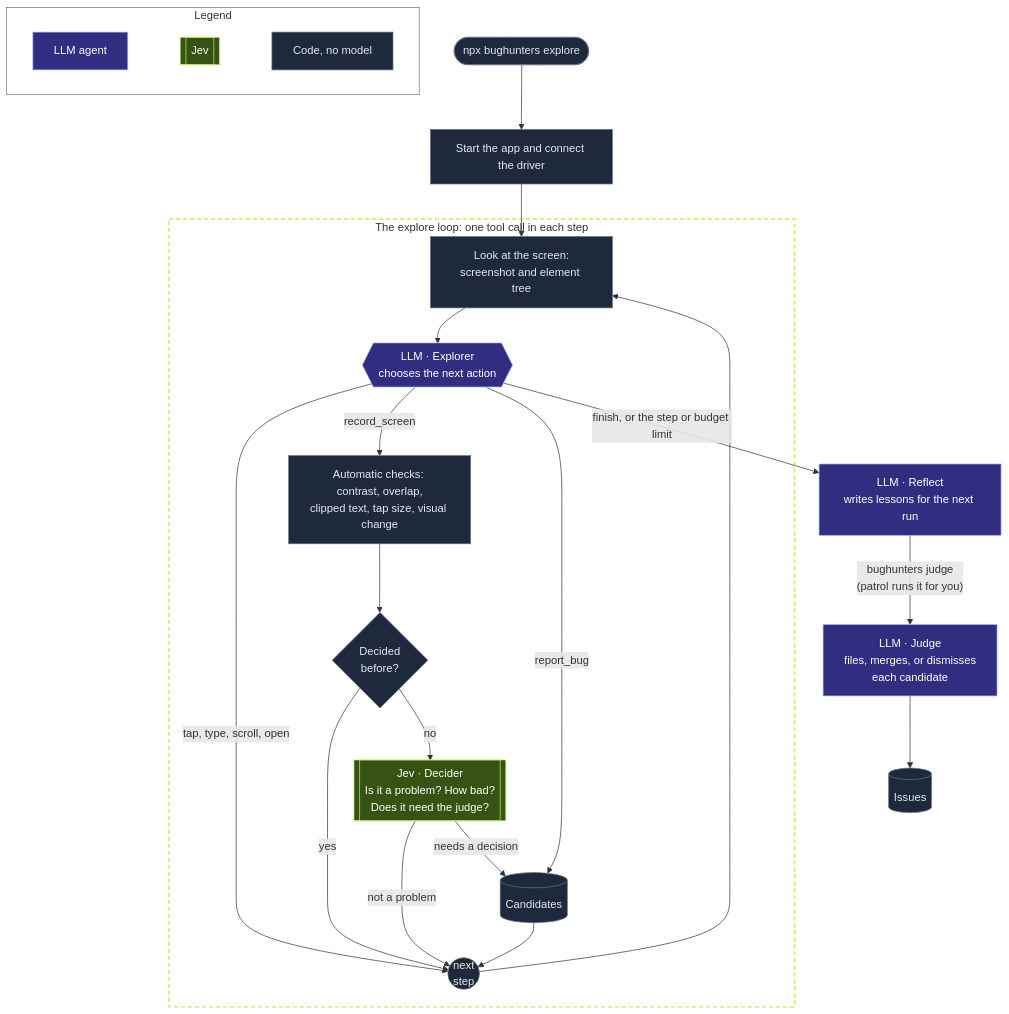
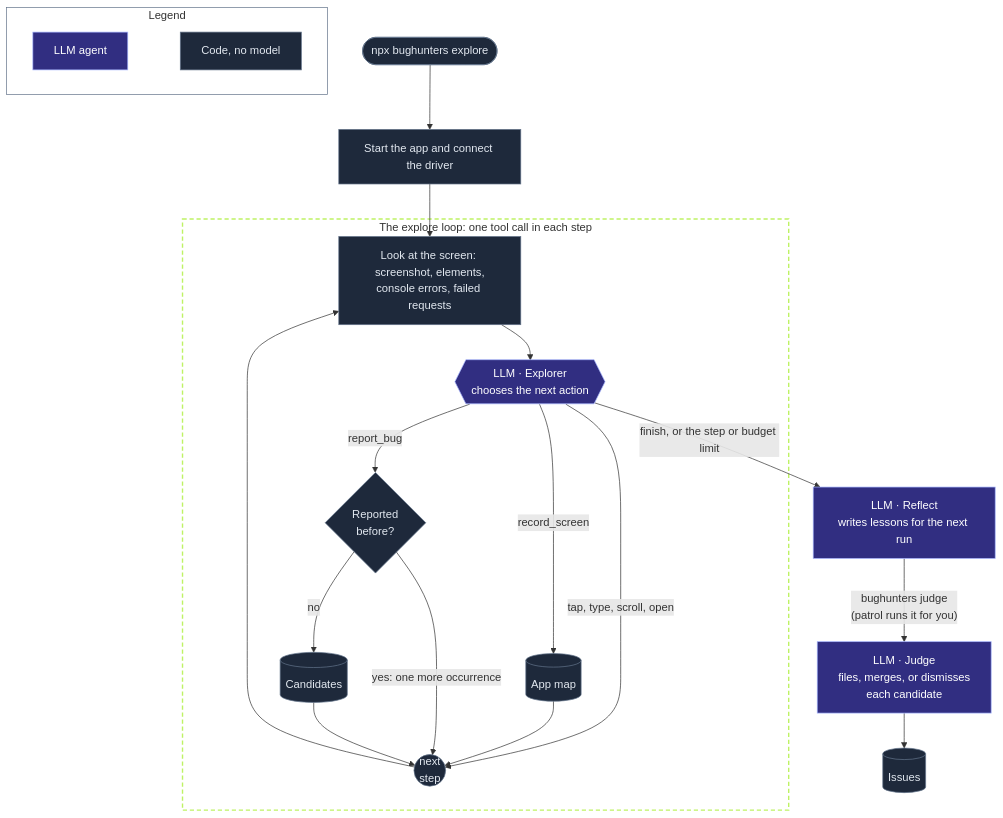
The diagram in docs/how-it-works.md (agent-labs-dev/bughunters), drawn with Mermaid before and after one commit. The commit also changed other lines of this file and 65 other files, not shown here.

First line of the commit message:
feat: remove Jev; add a CI fixer, opt-in checks, and dashboard docs (#13)

````diff
--- a/docs/how-it-works.md
+++ b/docs/how-it-works.md
@@ -29,40 +28,35 @@
 ```mermaid
 flowchart TD
   start(["npx bughunters explore"]) --> setup["Start the app and connect the driver"]
   setup --> look
 
   subgraph loop ["The explore loop: one tool call in each step"]
-    look["Look at the screen:<br/>screenshot and element tree"] --> act{{"LLM · Explorer<br/>chooses the next action"}}
+    look["Look at the screen: screenshot, elements,<br/>console errors, failed requests"] --> act{{"LLM · Explorer<br/>chooses the next action"}}
     act -->|"tap, type, scroll, open"| next
-    act -->|"record_screen"| checks["Automatic checks: contrast, overlap,<br/>clipped text, tap size, visual change"]
-    act -->|"report_bug"| cand
-    checks --> seen{"Decided<br/>before?"}
-    seen -->|"yes"| next
-    seen -->|"no"| jev[["Jev · Decider<br/>Is it a problem? How bad?<br/>Does it need the judge?"]]
-    jev -->|"not a problem"| next
-    jev -->|"needs a decision"| cand[("Candidates")]
+    act -->|"record_screen"| map[("App map")]
+    act -->|"report_bug"| seen{"Reported<br/>before?"}
+    map --> next
+    seen -->|"yes: one more occurrence"| next
+    seen -->|"no"| cand[("Candidates")]
     cand --> next(("next<br/>step"))
     next --> look
   end
 
   act -->|"finish, or the step or budget limit"| reflect["LLM · Reflect<br/>writes lessons for the next run"]
   reflect -->|"bughunters judge<br/>(patrol runs it for you)"| judge["LLM · Judge<br/>files, merges, or dismisses<br/>each candidate"]
   judge --> issues[("Issues")]
 
   subgraph legend ["Legend"]
     direction LR
     l1["LLM agent"]
-    l2[["Jev"]]
     l3["Code, no model"]
-    l1 ~~~ l2 ~~~ l3
+    l1 ~~~ l3
   end
 
   classDef llm fill:#312e81,stroke:#a5b4fc,color:#ffffff
-  classDef jevc fill:#365314,stroke:#bef264,color:#ffffff
   classDef code fill:#1e293b,stroke:#64748b,color:#e2e8f0
   class act,reflect,judge,l1 llm
-  class jev,l2 jevc
-  class start,setup,look,checks,seen,cand,issues,next,l3 code
+  class start,setup,look,map,seen,cand,issues,next,l3 code
   style loop fill:transparent,stroke:#bef264,stroke-width:2px,stroke-dasharray:6 4
   style legend fill:transparent,stroke:#64748b
 ```
````
